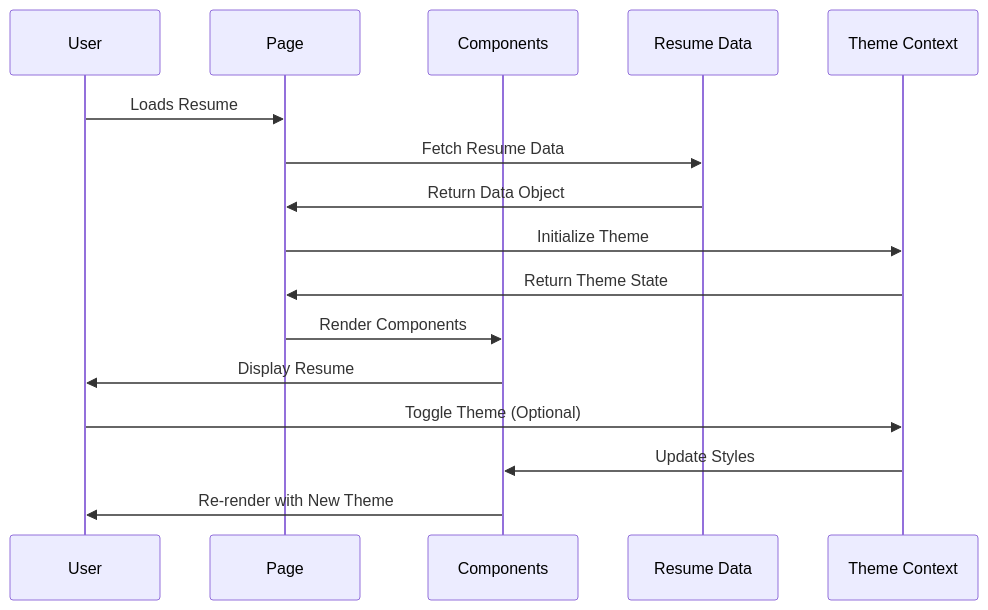
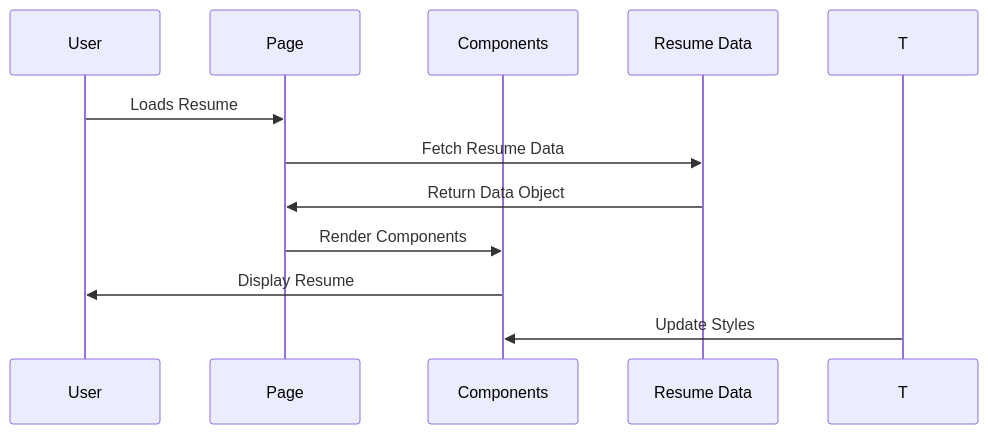
Before and after one commit to ChanMeng666/easy-resume: the first of 2 diagrams in README.md, drawn with Mermaid. The commit also changed other lines of this file and 15 other files, not shown here.

````diff
--- a/README.md
+++ b/README.md
@@ -258,19 +222,14 @@
 ```mermaid
 sequenceDiagram
     participant U as User
     participant P as Page
     participant C as Components
     participant D as Resume Data
-    participant T as Theme Context
     
     U->>P: Loads Resume
     P->>D: Fetch Resume Data
     D->>P: Return Data Object
-    P->>T: Initialize Theme
-    T->>P: Return Theme State
     P->>C: Render Components
     C->>U: Display Resume
-    U->>T: Toggle Theme (Optional)
     T->>C: Update Styles
-    C->>U: Re-render with New Theme
 ```
````
